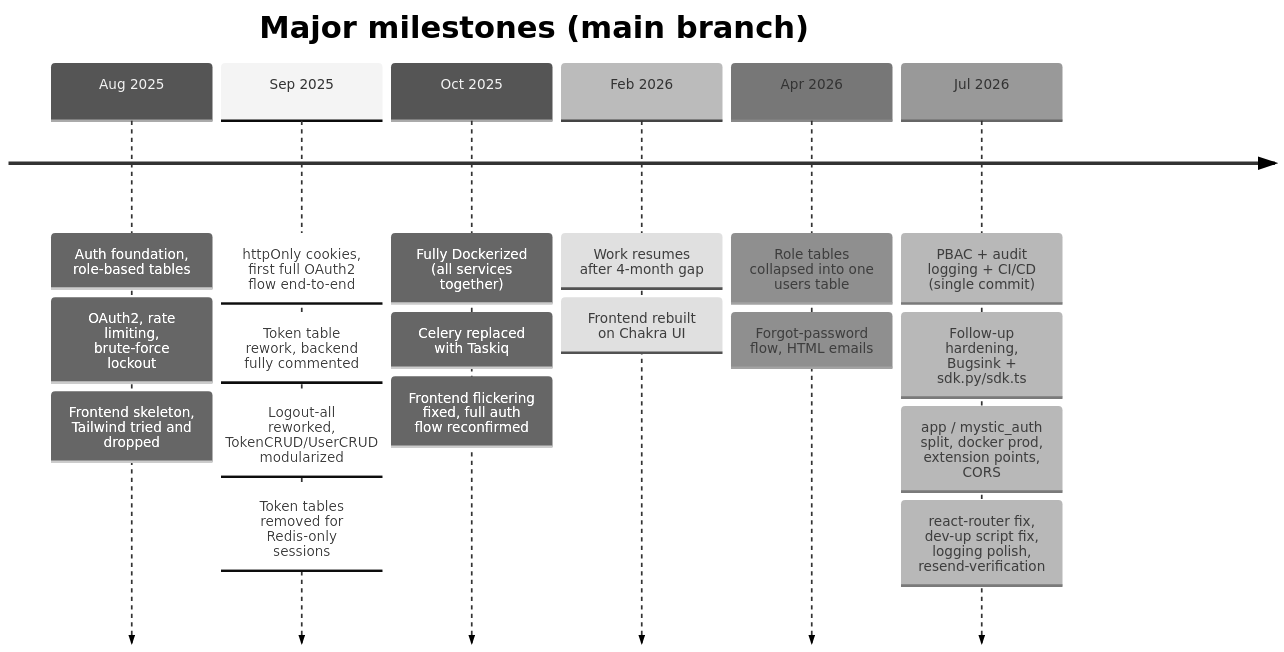
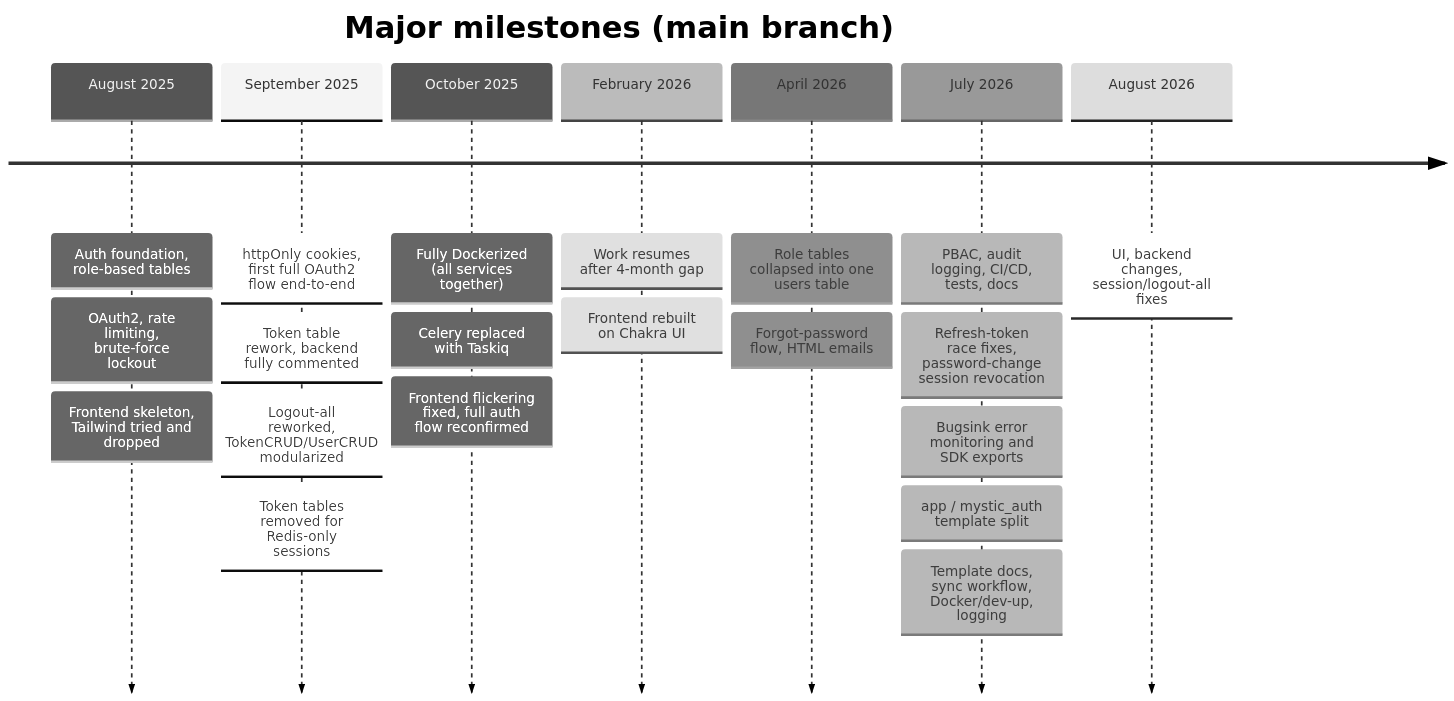
The diagram in docs/mystic_auth/project-story/README.md (Nachiket-2024/mystic-auth), drawn with Mermaid (neutral theme) before and after one commit. The commit also changed other lines of this file and 248 other files, not shown here.

Commit message:
Revamped UI with pagination/filtering and backend logout-all/session management fixes

````diff
--- a/docs/mystic_auth/project-story/README.md
+++ b/docs/mystic_auth/project-story/README.md
@@ -37,22 +37,24 @@
 ```mermaid
 timeline
     title Major milestones (main branch)
-    Aug 2025: Auth foundation, role-based tables
+    August 2025: Auth foundation, role-based tables
             : OAuth2, rate limiting, brute-force lockout
             : Frontend skeleton, Tailwind tried and dropped
-    Sep 2025: httpOnly cookies, first full OAuth2 flow end-to-end
+    September 2025: httpOnly cookies, first full OAuth2 flow end-to-end
             : Token table rework, backend fully commented
             : Logout-all reworked, TokenCRUD/UserCRUD modularized
             : Token tables removed for Redis-only sessions
-    Oct 2025: Fully Dockerized (all services together)
+    October 2025: Fully Dockerized (all services together)
             : Celery replaced with Taskiq
             : Frontend flickering fixed, full auth flow reconfirmed
-    Feb 2026: Work resumes after 4-month gap
+    February 2026: Work resumes after 4-month gap
             : Frontend rebuilt on Chakra UI
-    Apr 2026: Role tables collapsed into one users table
+    April 2026: Role tables collapsed into one users table
             : Forgot-password flow, HTML emails
-    Jul 2026: PBAC + audit logging + CI/CD (single commit)
-            : Follow-up hardening, Bugsink + sdk.py/sdk.ts
-            : app / mystic_auth split, docker prod, extension points, CORS
-            : react-router fix, dev-up script fix, logging polish, resend-verification
+    July 2026: PBAC, audit logging, CI/CD, tests, docs
+            : Refresh-token race fixes, password-change session revocation
+            : Bugsink error monitoring and SDK exports
+            : app / mystic_auth template split
+            : Template docs, sync workflow, Docker/dev-up, logging
+    August 2026: UI, backend changes, session/logout-all fixes
 ```
````
